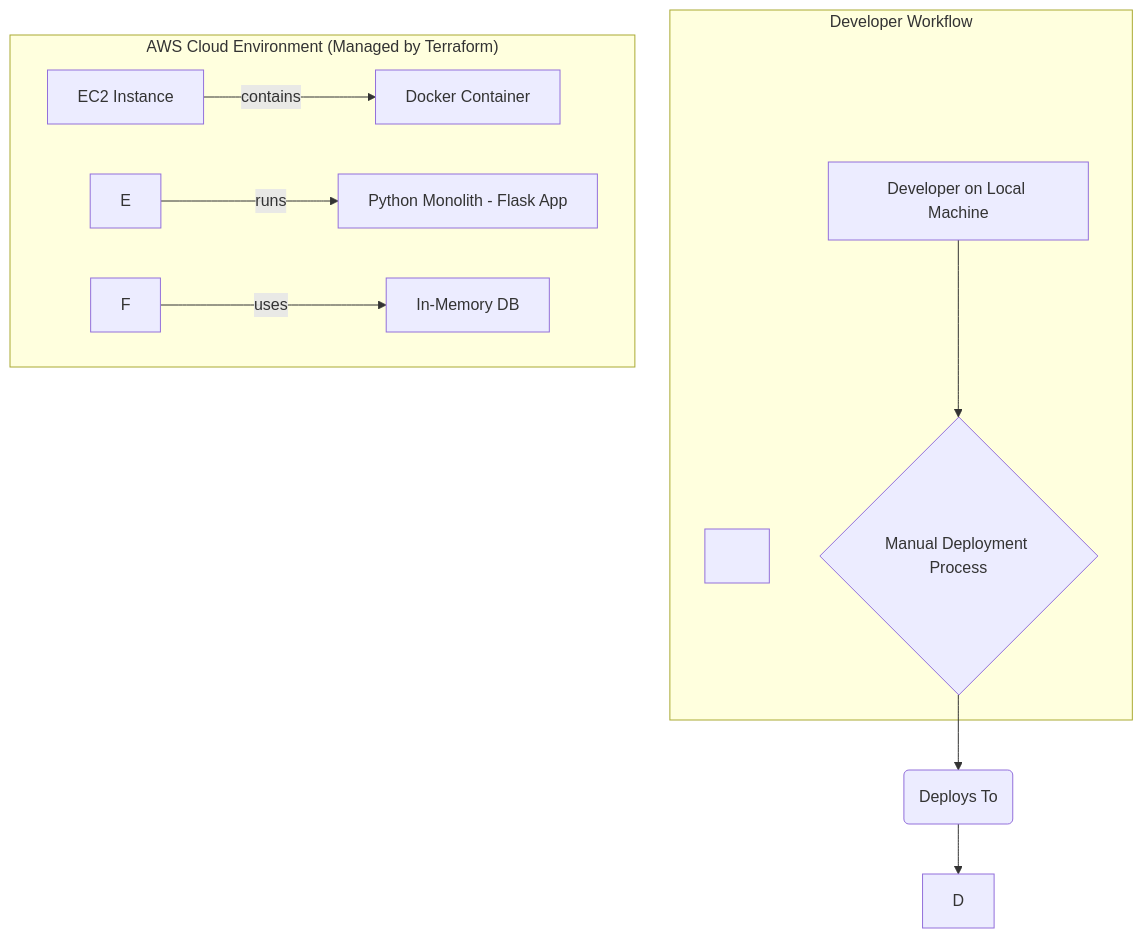
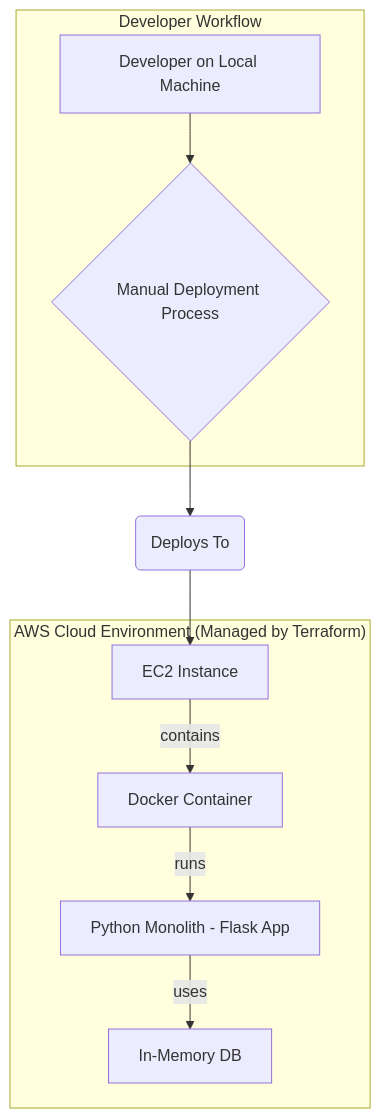
Before and after one commit to MrCh0p808/VoteWave: the first of 2 diagrams in DOCS.md, drawn with Mermaid. The commit also changed other lines of this file, not shown here.

````diff
--- a/DOCS.md
+++ b/DOCS.md
@@ -13,31 +13,16 @@
 ```mermaid
+graph TD
+    subgraph "Developer Workflow"
+        A[Developer on Local Machine] --> B{Manual Deployment Process}
+    end
 
-graph TD
+    B --> C(Deploys To)
 
-&nbsp;   subgraph "Developer Workflow"
+    subgraph "AWS Cloud Environment (Managed by Terraform)"
+        D[EC2 Instance] -->|contains| E[Docker Container]
+        E -->|runs| F[Python Monolith - Flask App]
+        F -->|uses| G[In-Memory DB]
+    end
 
-&nbsp;       A\[Developer on Local Machine] --> B{Manual Deployment Process};
-
-&nbsp;   end
-
-
-
-&nbsp;   B --> C(Deploys To);
-
-
-
-&nbsp;   subgraph "AWS Cloud Environment (Managed by Terraform)"
-
-&nbsp;       D\[EC2 Instance] -->|contains| E\[Docker Container];
-
-&nbsp;       E -->|runs| F\[Python Monolith - Flask App];
-
-&nbsp;       F -->|uses| G\[In-Memory DB];
-
-&nbsp;   end
-
-
-
-&nbsp;   C --> D;
-
+    C --> D
 ```
````
